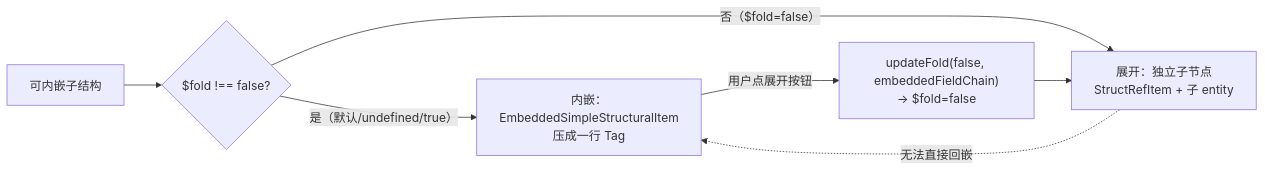
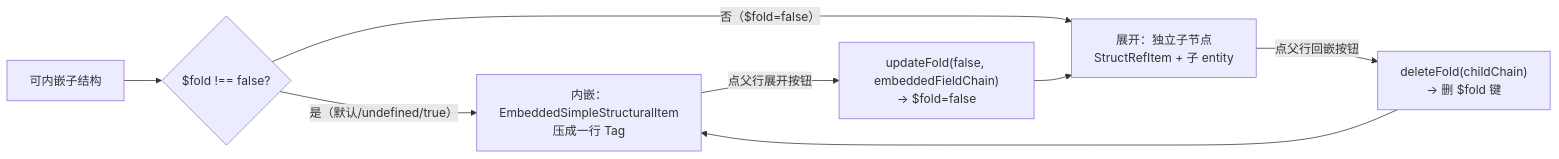
Before and after one commit to stallboy/cfggen: the diagram in cfgeditor/docs/07-embedding.md, drawn with Mermaid. The commit also changed other lines of this file and 14 other files, not shown here.

````diff
--- a/cfgeditor/docs/07-embedding.md
+++ b/cfgeditor/docs/07-embedding.md
@@ -105,9 +105,10 @@
 ```mermaid
 flowchart LR
     A[可内嵌子结构] --> B{"$fold !== false?"}
     B -- 是（默认/undefined/true） --> C[内嵌：EmbeddedSimpleStructuralItem<br/>压成一行 Tag]
     B -- 否（$fold=false） --> D[展开：独立子节点<br/>StructRefItem + 子 entity]
-    C -- 用户点展开按钮 --> E["updateFold(false, embeddedFieldChain)<br/>→ $fold=false"]
+    C -- 点父行展开按钮 --> E["updateFold(false, embeddedFieldChain)<br/>→ $fold=false"]
     E --> D
-    D -. 无法直接回嵌 .-> C
+    D -- 点父行回嵌按钮 --> F["deleteFold(childChain)<br/>→ 删 $fold 键"]
+    F --> C
 ```
````
